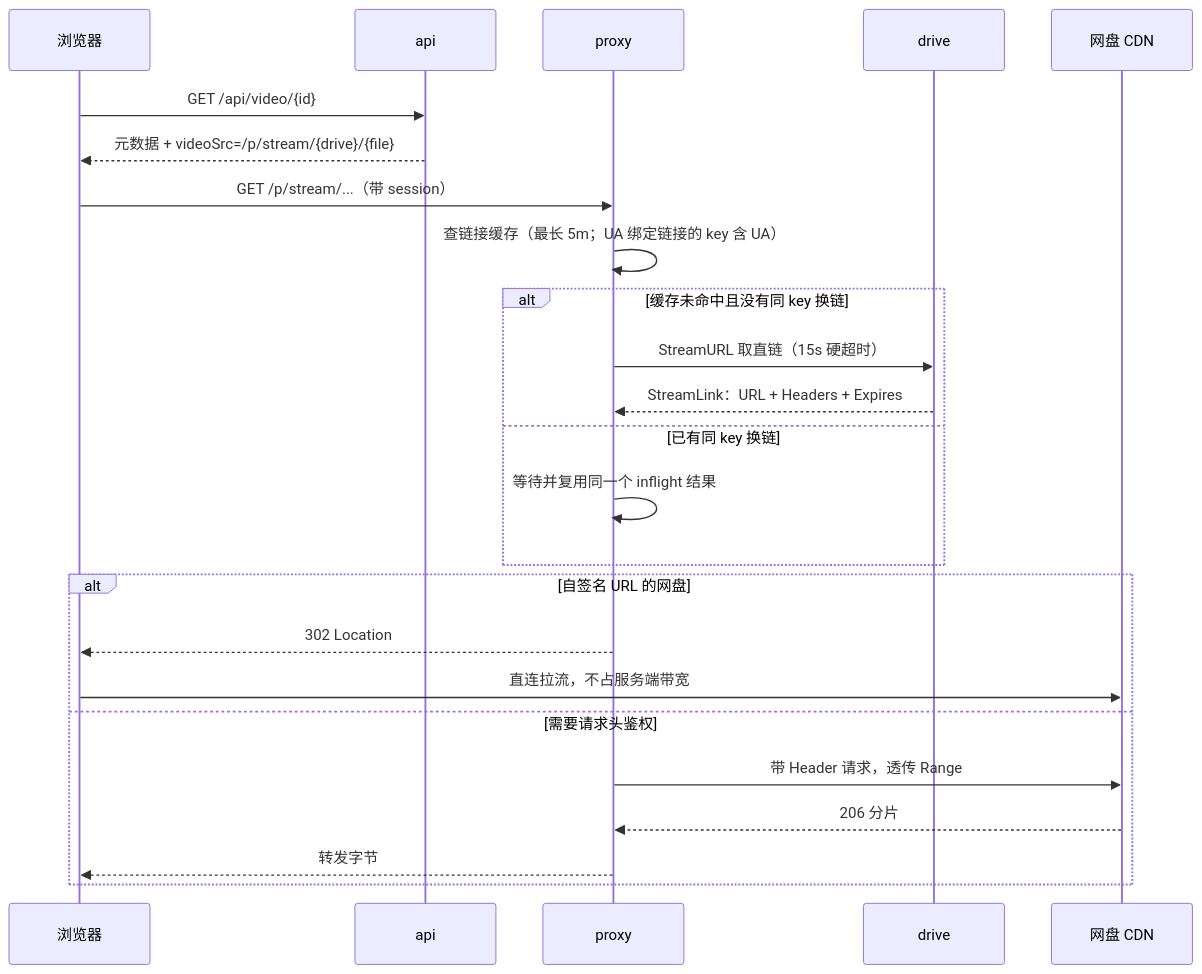
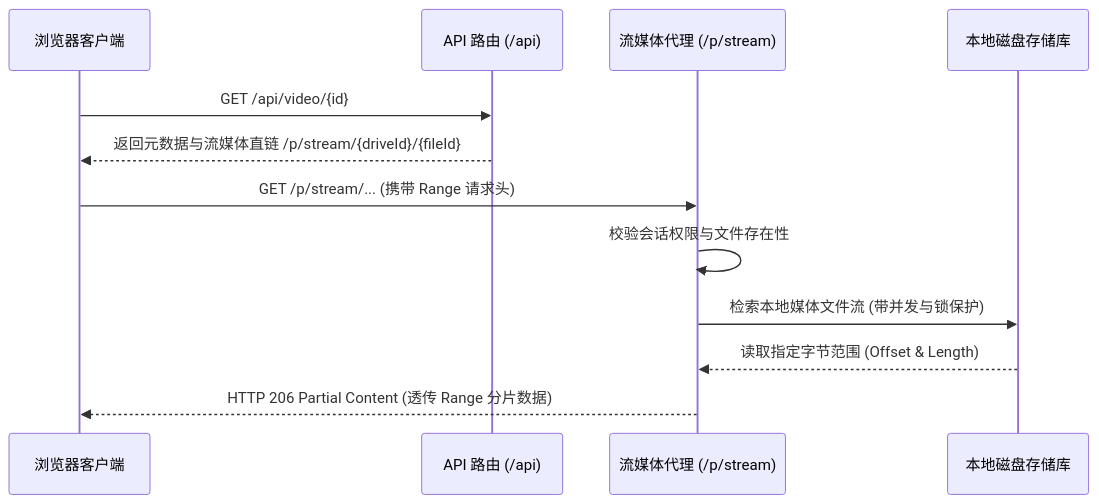
One commit to z08w12/omni-media-vault changed the second of 2 diagrams in backend/README.md. Above: the diagram before and after it, drawn with Mermaid. The commit also changed other lines of this file and 5 other files, not shown here.

````diff
--- a/backend/README.md
+++ b/backend/README.md
@@ -282,27 +193,15 @@
 ```mermaid
 sequenceDiagram
-    participant B as 浏览器
-    participant A as api
-    participant P as proxy
-    participant D as drive
-    participant C as 网盘 CDN
+    participant B as 浏览器客户端
+    participant A as API 路由 (/api)
+    participant P as 流媒体代理 (/p/stream)
+    participant D as 本地磁盘存储库
 
     B->>A: GET /api/video/{id}
-    A-->>B: 元数据 + videoSrc=/p/stream/{drive}/{file}
-    B->>P: GET /p/stream/...（带 session）
-    P->>P: 查链接缓存（最长 5m；UA 绑定链接的 key 含 UA）
-    alt 缓存未命中且没有同 key 换链
-        P->>D: StreamURL 取直链（15s 硬超时）
-        D-->>P: StreamLink：URL + Headers + Expires
-    else 已有同 key 换链
-        P->>P: 等待并复用同一个 inflight 结果
-    end
-    alt 自签名 URL 的网盘
-        P-->>B: 302 Location
-        B->>C: 直连拉流，不占服务端带宽
-    else 需要请求头鉴权
-        P->>C: 带 Header 请求，透传 Range
-        C-->>P: 206 分片
-        P-->>B: 转发字节
-    end
+    A-->>B: 返回元数据与流媒体直链 /p/stream/{driveId}/{fileId}
+    B->>P: GET /p/stream/... (携带 Range 请求头)
+    P->>P: 校验会话权限与文件存在性
+    P->>D: 检索本地媒体文件流 (带并发与锁保护)
+    D-->>P: 读取指定字节范围 (Offset & Length)
+    P-->>B: HTTP 206 Partial Content (透传 Range 分片数据)
 ```
````
